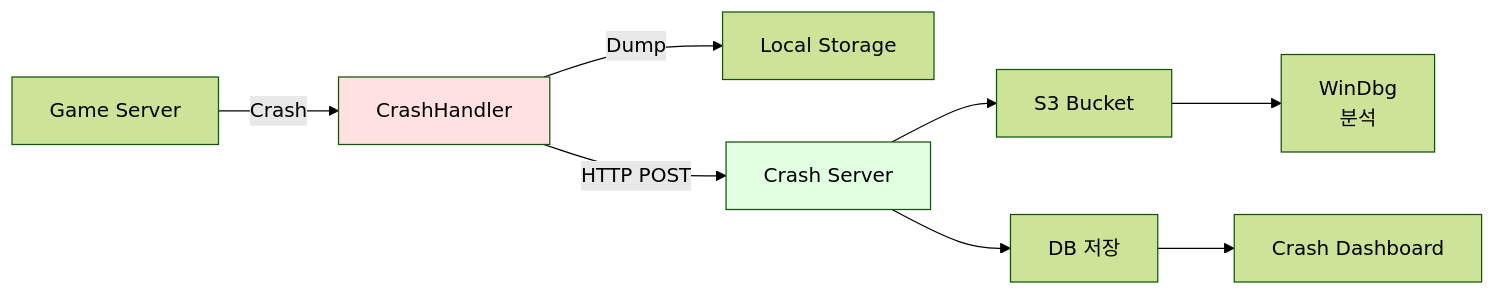
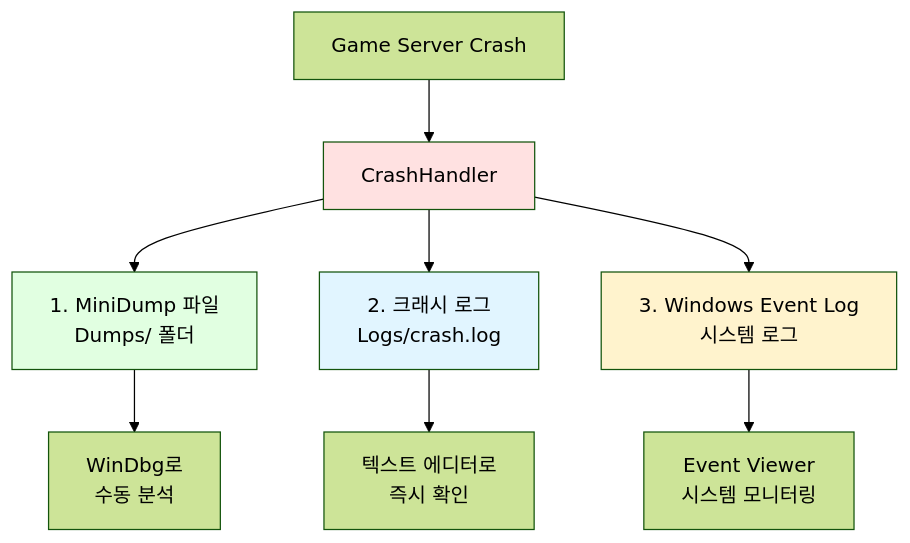
One commit to wlsqc123/IOCPFramework changed diagram 22 of 23 in server_design/server_design2.md. Above: the diagram before and after it, drawn with Mermaid (forest theme). The commit also changed other lines of this file, not shown here.

First line of the commit message:
Update server_design2.md

````diff
--- a/server_design/server_design2.md
+++ b/server_design/server_design2.md
@@ -3214,15 +3205,17 @@
 ```mermaid
-graph LR
-    A[Game Server] -->|Crash| B[CrashHandler]
-    B -->|Dump| C[Local Storage]
-    B -->|HTTP POST| D[Crash Server]
+graph TB
+    A[Game Server Crash] --> B[CrashHandler]
     
-    D --> E[S3 Bucket]
-    D --> F[DB 저장]
+    B --> C[1. MiniDump 파일<br/>Dumps/ 폴더]
+    B --> D[2. 크래시 로그<br/>Logs/crash.log]
+    B --> E[3. Windows Event Log<br/>시스템 로그]
     
-    E --> G[WinDbg<br/>분석]
-    F --> H[Crash Dashboard]
+    C --> F[WinDbg로<br/>수동 분석]
+    D --> G[텍스트 에디터로<br/>즉시 확인]
+    E --> H[Event Viewer<br/>시스템 모니터링]
     
     style B fill:#ffe1e1
-    style D fill:#e1ffe1
+    style C fill:#e1ffe1
+    style D fill:#e1f5ff
+    style E fill:#fff3cd
 ```
````
